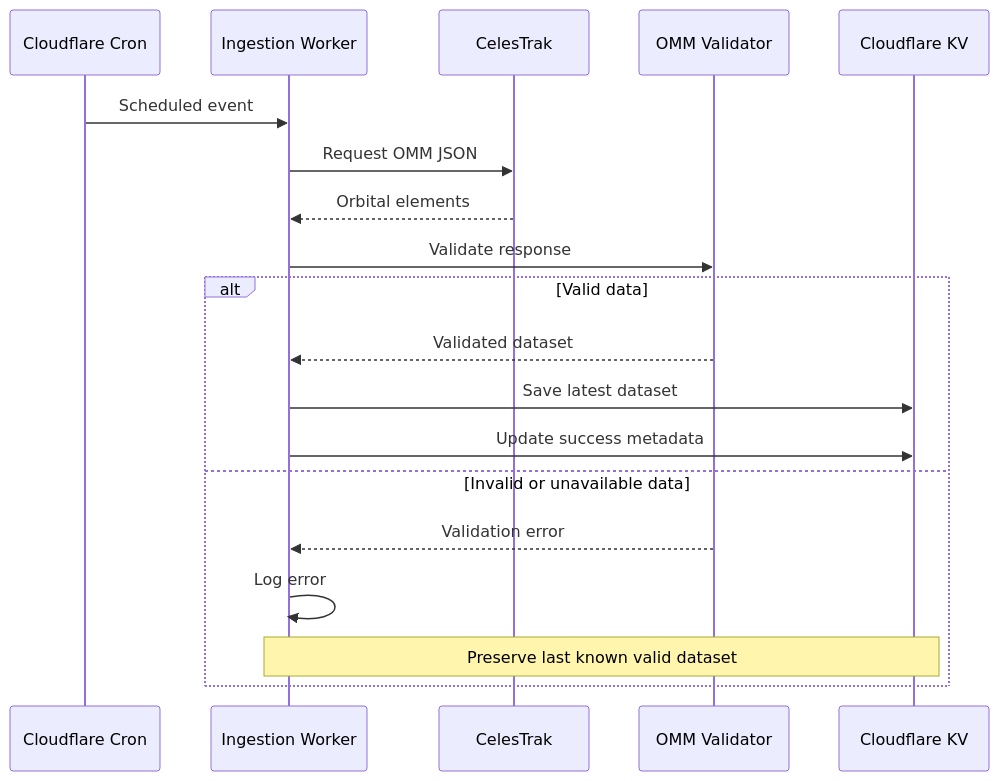
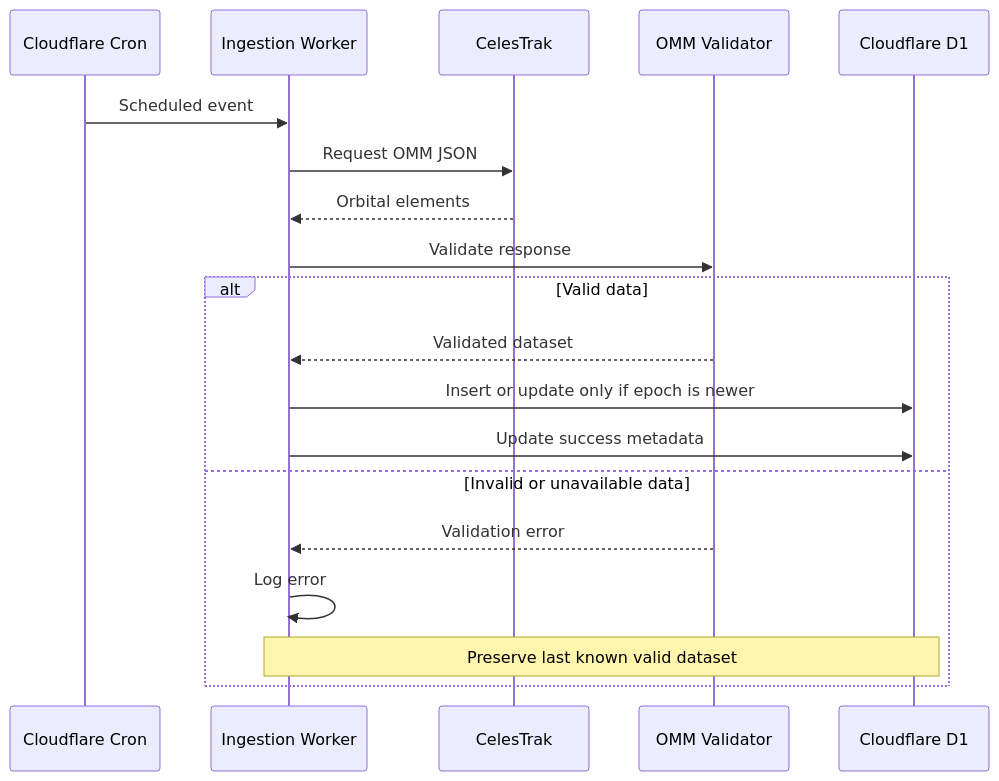
Before and after one commit to maciejgos/europe-in-space: the fourth of 6 diagrams in ARCHITECTURE.md, drawn with Mermaid. The commit also changed other lines of this file and 10 other files, not shown here.

````diff
--- a/ARCHITECTURE.md
+++ b/ARCHITECTURE.md
@@ -477,23 +479,23 @@
 ```mermaid
 sequenceDiagram
     participant Cron as Cloudflare Cron
     participant Worker as Ingestion Worker
     participant CelesTrak
     participant Validator as OMM Validator
-    participant KV as Cloudflare KV
+    participant D1 as Cloudflare D1
 
     Cron->>Worker: Scheduled event
     Worker->>CelesTrak: Request OMM JSON
     CelesTrak-->>Worker: Orbital elements
     Worker->>Validator: Validate response
 
     alt Valid data
         Validator-->>Worker: Validated dataset
-        Worker->>KV: Save latest dataset
-        Worker->>KV: Update success metadata
+        Worker->>D1: Insert or update only if epoch is newer
+        Worker->>D1: Update success metadata
     else Invalid or unavailable data
         Validator-->>Worker: Validation error
         Worker->>Worker: Log error
-        Note over Worker,KV: Preserve last known valid dataset
+        Note over Worker,D1: Preserve last known valid dataset
     end
 ```
````
